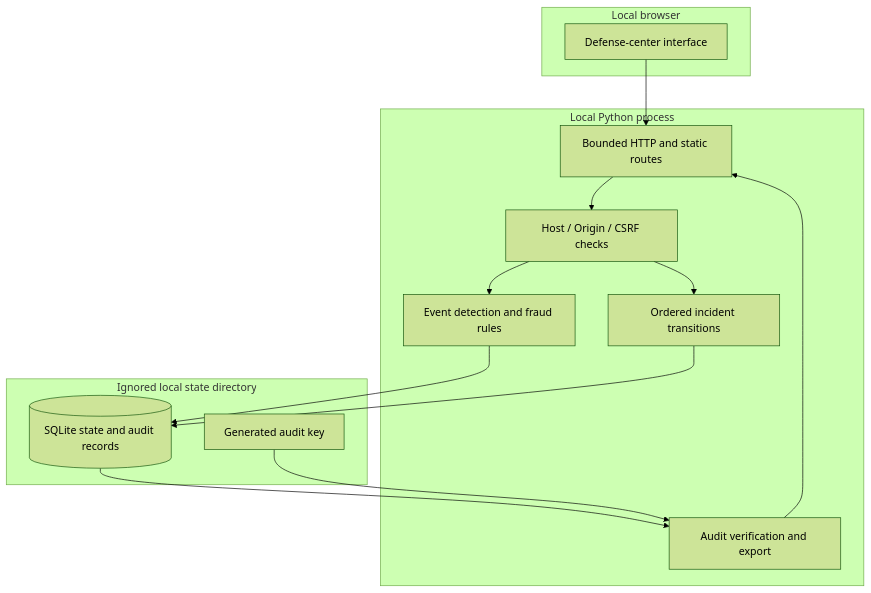
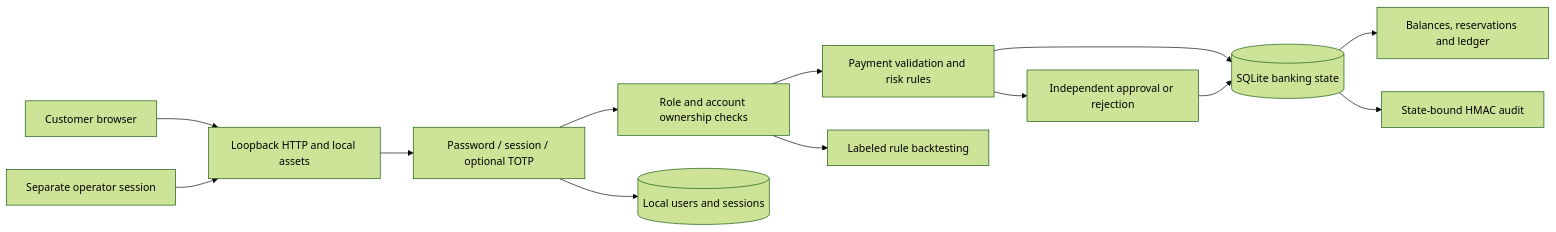
The diagram in docs/architecture.md (Vaibhav222209/Cybersecurity_1.4), drawn with Mermaid (forest theme) before and after one commit. The commit also changed other lines of this file and 34 other files, not shown here.

````diff
--- a/docs/architecture.md
+++ b/docs/architecture.md
@@ -9,26 +7,15 @@
 ```mermaid
-flowchart TB
-    subgraph Client[Local browser]
-        UI[Defense-center interface]
-    end
-    subgraph Process[Local Python process]
-        HTTP[Bounded HTTP and static routes]
-        Guard[Host / Origin / CSRF checks]
-        Engine[Event detection and fraud rules]
-        Workflow[Ordered incident transitions]
-        Evidence[Audit verification and export]
-    end
-    subgraph Disk[Ignored local state directory]
-        DB[(SQLite state and audit records)]
-        Key[Generated audit key]
-    end
-    UI --> HTTP
-    HTTP --> Guard
-    Guard --> Engine
-    Guard --> Workflow
-    Engine --> DB
-    Workflow --> DB
-    DB --> Evidence
-    Key --> Evidence
-    Evidence --> HTTP
+flowchart LR
+    Customer[Customer browser] --> HTTP[Loopback HTTP and local assets]
+    Operator[Separate operator session] --> HTTP
+    HTTP --> Auth[Password / session / optional TOTP]
+    Auth --> Guard[Role and account ownership checks]
+    Guard --> Payment[Payment validation and risk rules]
+    Payment --> Review[Independent approval or rejection]
+    Payment --> Store[(SQLite banking state)]
+    Review --> Store
+    Store --> Ledger[Balances, reservations and ledger]
+    Store --> Audit[State-bound HMAC audit]
+    Guard --> Workbench[Labeled rule backtesting]
+    Auth --> Identity[(Local users and sessions)]
 ```
````
